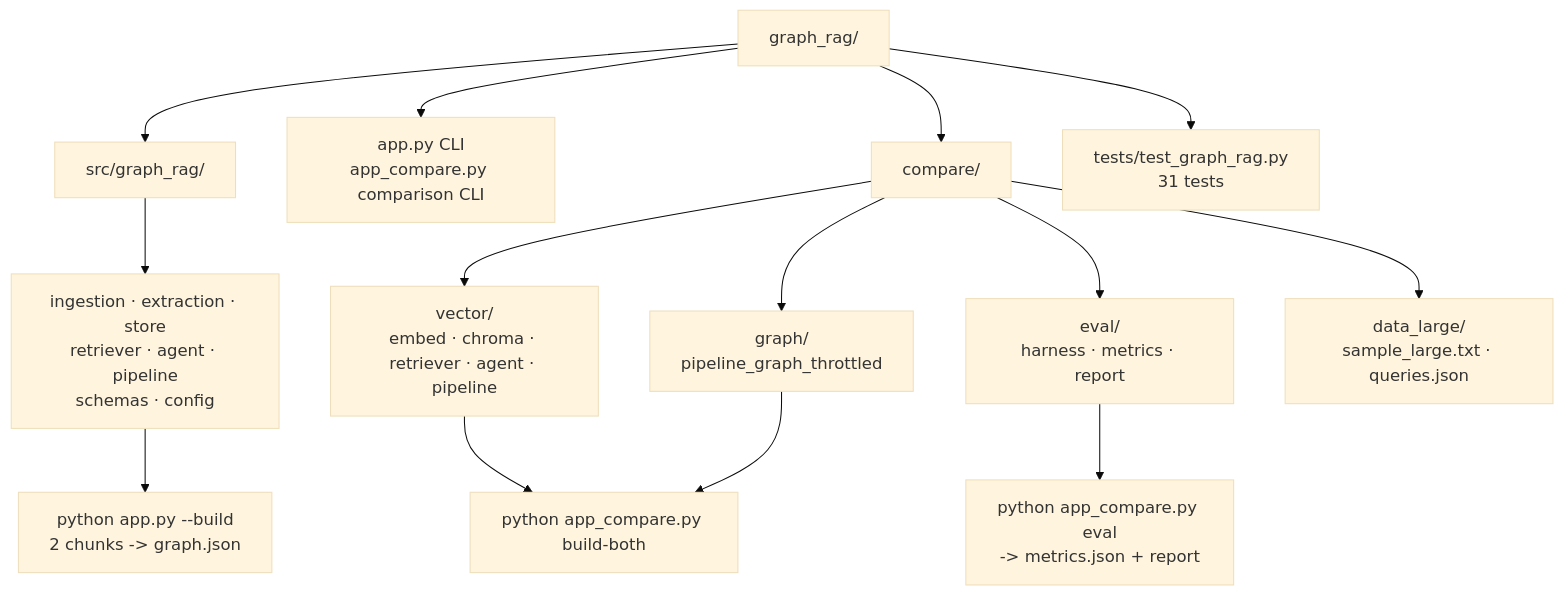
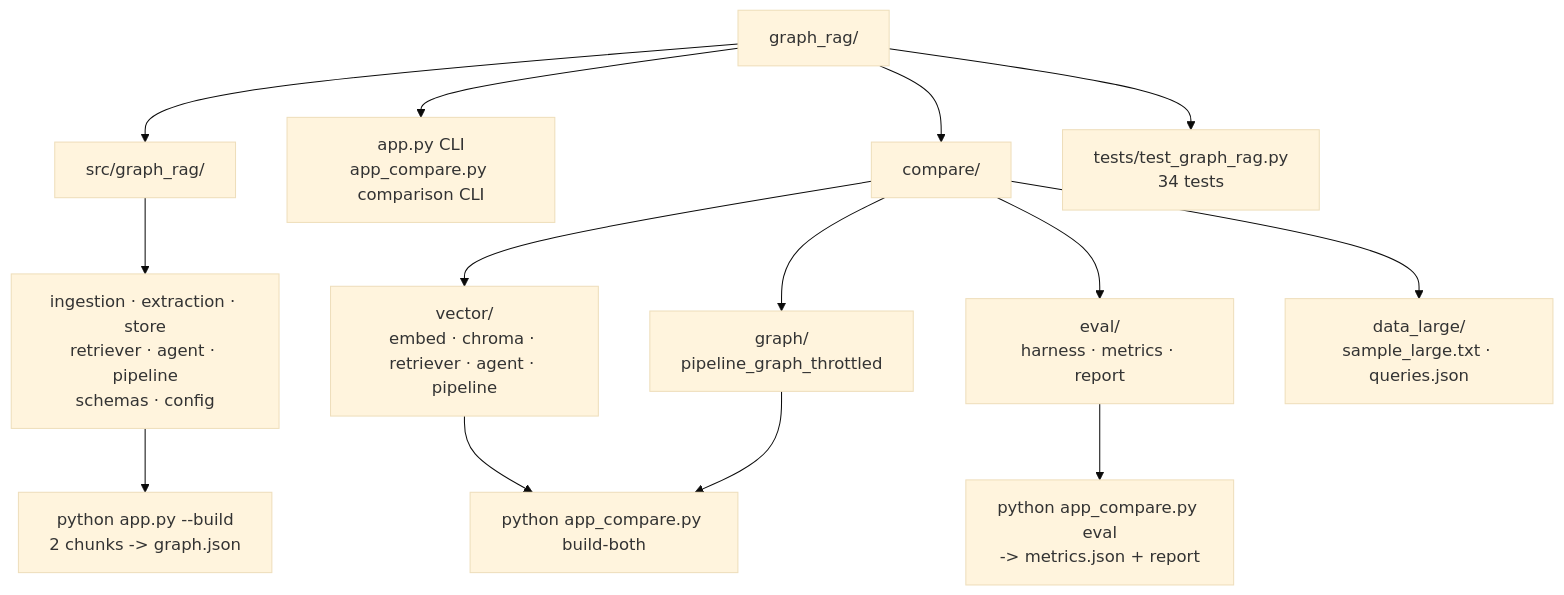
One commit to manishwvn/graph_rag changed the sixth of 7 diagrams in README.md. Above: the diagram before and after it, drawn with Mermaid (base theme). The commit also changed other lines of this file and 5 other files, not shown here.

````diff
--- a/README.md
+++ b/README.md
@@ -133,16 +133,16 @@
 ```mermaid
 graph TD
   ROOT["graph_rag/"] --> SRC["src/graph_rag/"]
   ROOT --> APPS["app.py CLI<br/>app_compare.py comparison CLI"]
   ROOT --> CMP["compare/"]
-  ROOT --> TST["tests/test_graph_rag.py<br/>31 tests"]
+  ROOT --> TST["tests/test_graph_rag.py<br/>34 tests"]
   SRC --> CORE["ingestion · extraction · store<br/>retriever · agent · pipeline<br/>schemas · config"]
   CMP --> CV["vector/<br/>embed · chroma · retriever · agent · pipeline"]
   CMP --> CG["graph/<br/>pipeline_graph_throttled"]
   CMP --> CE["eval/<br/>harness · metrics · report"]
   CMP --> CD["data_large/<br/>sample_large.txt · queries.json"]
   CORE --> B1["python app.py --build<br/>2 chunks -> graph.json"]
   CV --> B2["python app_compare.py build-both"]
   CG --> B2
   CE --> B3["python app_compare.py eval<br/>-> metrics.json + report"]
 ```
````
